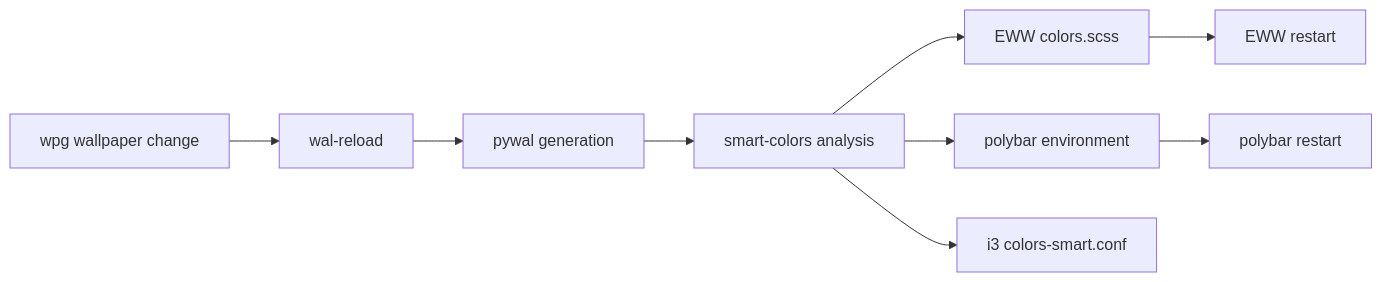
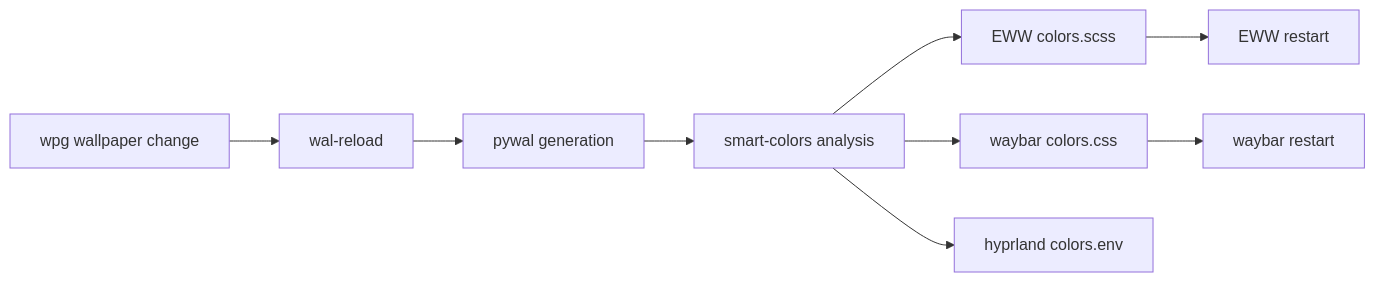
The second of 2 diagrams in docs/wiki/Smart-Colors-System.md (ulises-jeremias/dotfiles), drawn with Mermaid before and after one commit. The commit also changed other lines of this file and 46 other files, not shown here.

````diff
--- a/docs/wiki/Smart-Colors-System.md
+++ b/docs/wiki/Smart-Colors-System.md
@@ -315,11 +315,11 @@
 ```mermaid
 graph LR
     A[wpg wallpaper change] --> B[wal-reload]
     B --> C[pywal generation]
     C --> D[smart-colors analysis]
     D --> E[EWW colors.scss]
-    D --> F[polybar environment]
-    D --> G[i3 colors-smart.conf]
+    D --> F[waybar colors.css]
+    D --> G[hyprland colors.env]
     E --> H[EWW restart]
-    F --> I[polybar restart]
+    F --> I[waybar restart]
 ```
````
